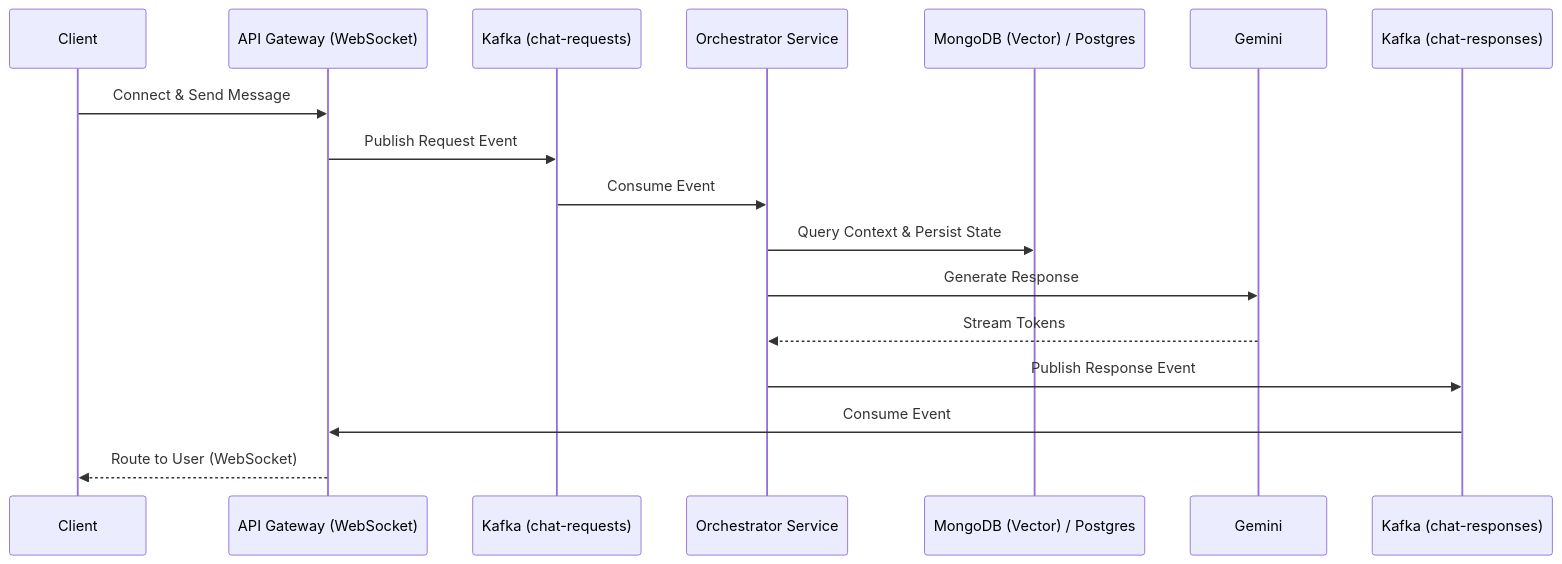
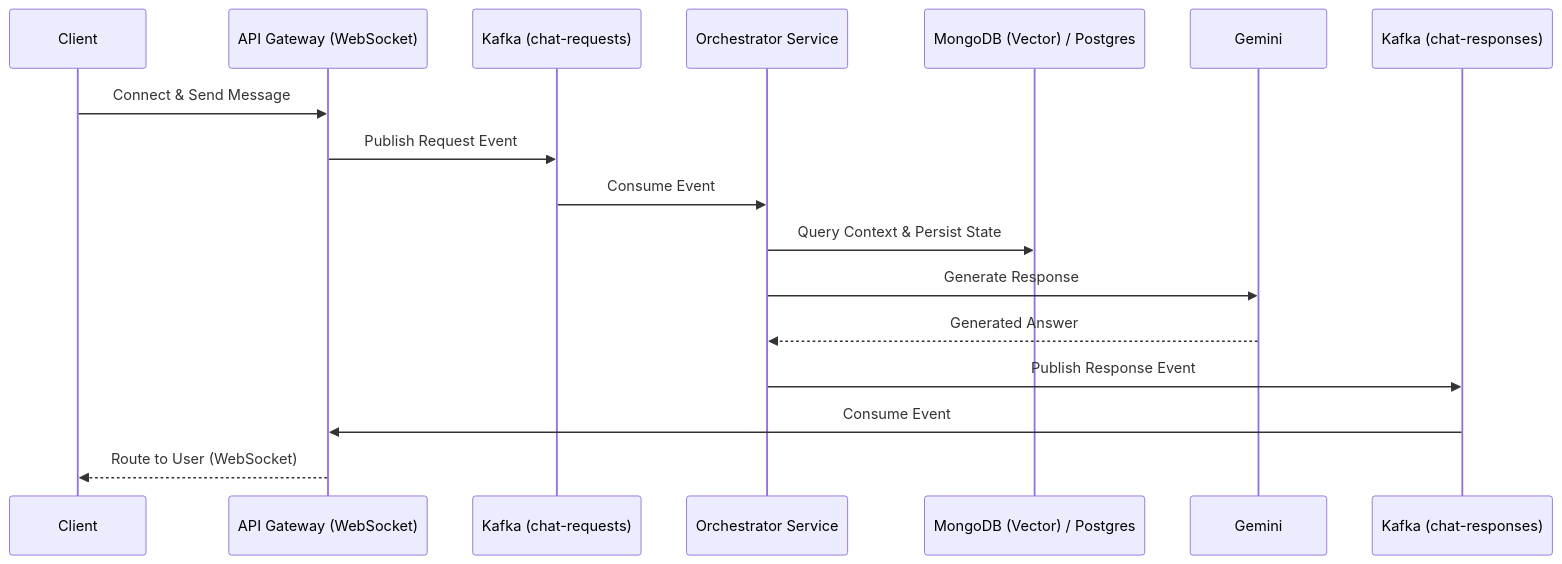
One commit to Ayushman2124/cortex-gate changed the diagram in README.md. Above: the diagram before and after it, drawn with Mermaid. The commit also changed other lines of this file, not shown here.

Commit message:
Fix: Update diagram and load test terminology

````diff
--- a/README.md
+++ b/README.md
@@ -9,20 +9,20 @@
 ```mermaid
 sequenceDiagram
     participant Client
     participant API_Gateway as API Gateway (WebSocket)
     participant Kafka_Req as Kafka (chat-requests)
     participant Orchestrator as Orchestrator Service
     participant DB as MongoDB (Vector) / Postgres
     participant Gemini
     participant Kafka_Res as Kafka (chat-responses)
 
     Client->>API_Gateway: Connect & Send Message
     API_Gateway->>Kafka_Req: Publish Request Event
     Kafka_Req->>Orchestrator: Consume Event
     Orchestrator->>DB: Query Context & Persist State
     Orchestrator->>Gemini: Generate Response
-    Gemini-->>Orchestrator: Stream Tokens
+    Gemini-->>Orchestrator: Generated Answer
     Orchestrator->>Kafka_Res: Publish Response Event
     Kafka_Res->>API_Gateway: Consume Event
     API_Gateway-->>Client: Route to User (WebSocket)
 ```
````
